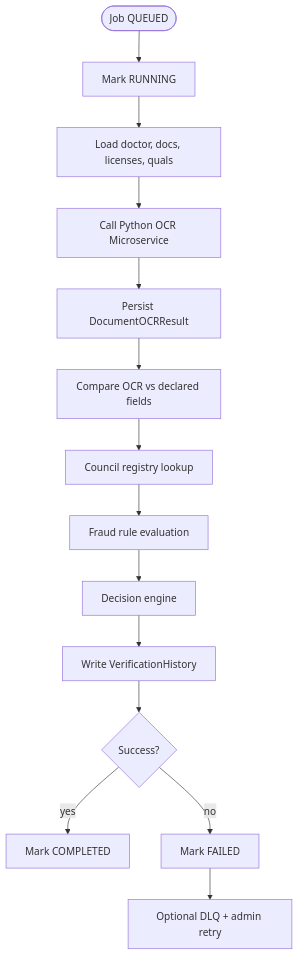
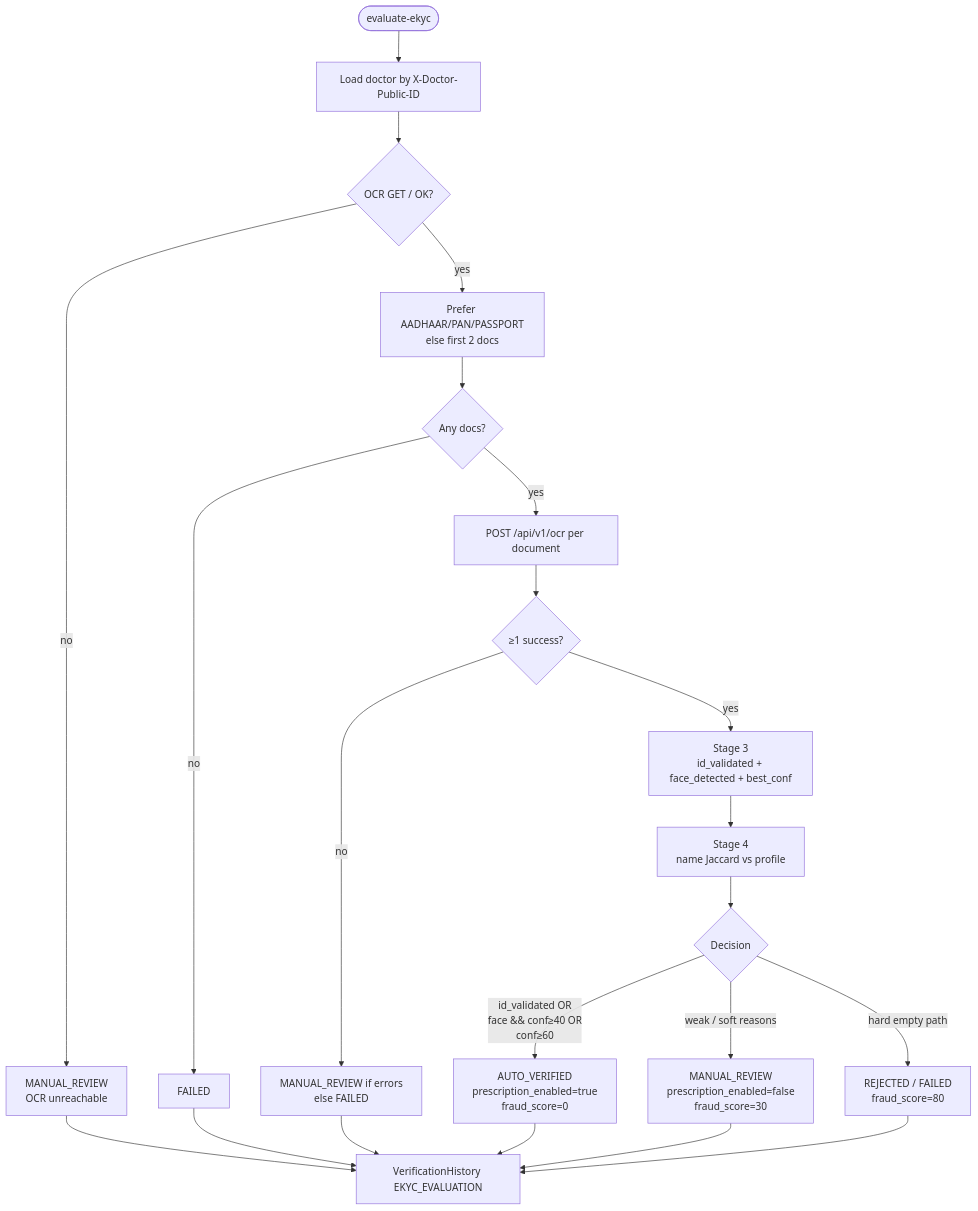
One commit to Saravanan2005real/zudoc-doctor-portal-EKYC changed the fifth of 11 diagrams in docs/ARCHITECTURE.md. Above: the diagram before and after it, drawn with Mermaid. The commit also changed other lines of this file and 1 other file, not shown here.

First line of the commit message:
Rewrite README and architecture docs for the Python eKYC pipeline.

````diff
--- a/docs/ARCHITECTURE.md
+++ b/docs/ARCHITECTURE.md
@@ -181,16 +195,26 @@
 ```mermaid
 flowchart TD
-  Start([Job QUEUED]) --> MarkRun[Mark RUNNING]
-  MarkRun --> Load[Load doctor, docs, licenses, quals]
-  Load --> OCR[Call Python OCR Microservice]
-  OCR --> PersistOCR[Persist DocumentOCRResult]
-  PersistOCR --> Compare[Compare OCR vs declared fields]
-  Compare --> Council[Council registry lookup]
-  Council --> Fraud[Fraud rule evaluation]
-  Fraud --> Decide[Decision engine]
-  Decide --> History[Write VerificationHistory]
-  History --> Done{Success?}
-  Done -->|yes| Complete[Mark COMPLETED]
-  Done -->|no| Fail[Mark FAILED]
-  Fail --> DLQ[Optional DLQ + admin retry]
+  Start([evaluate-ekyc]) --> Load[Load doctor by X-Doctor-Public-ID]
+  Load --> Health{OCR GET / OK?}
+  Health -->|no| MR_OCR[MANUAL_REVIEW<br/>OCR unreachable]
+  Health -->|yes| Pick[Prefer AADHAAR/PAN/PASSPORT<br/>else first 2 docs]
+  Pick --> Empty{Any docs?}
+  Empty -->|no| FailEmpty[FAILED]
+  Empty -->|yes| RunOCR[POST /api/v1/ocr per document]
+  RunOCR --> AnyOK{≥1 success?}
+  AnyOK -->|no| MR_or_Fail[MANUAL_REVIEW if errors<br/>else FAILED]
+  AnyOK -->|yes| S3[Stage 3<br/>id_validated + face_detected + best_conf]
+  S3 --> S4[Stage 4<br/>name Jaccard vs profile]
+  S4 --> Rules{Decision}
+
+  Rules -->|id_validated OR<br/>face && conf≥40 OR<br/>conf≥60| AV[AUTO_VERIFIED<br/>prescription_enabled=true<br/>fraud_score=0]
+  Rules -->|weak / soft reasons| MR[MANUAL_REVIEW<br/>prescription_enabled=false<br/>fraud_score=30]
+  Rules -->|hard empty path| RJ[REJECTED / FAILED<br/>fraud_score=80]
+
+  AV --> Hist[VerificationHistory EKYC_EVALUATION]
+  MR --> Hist
+  RJ --> Hist
+  MR_OCR --> Hist
+  MR_or_Fail --> Hist
+  FailEmpty --> Hist
 ```
````
